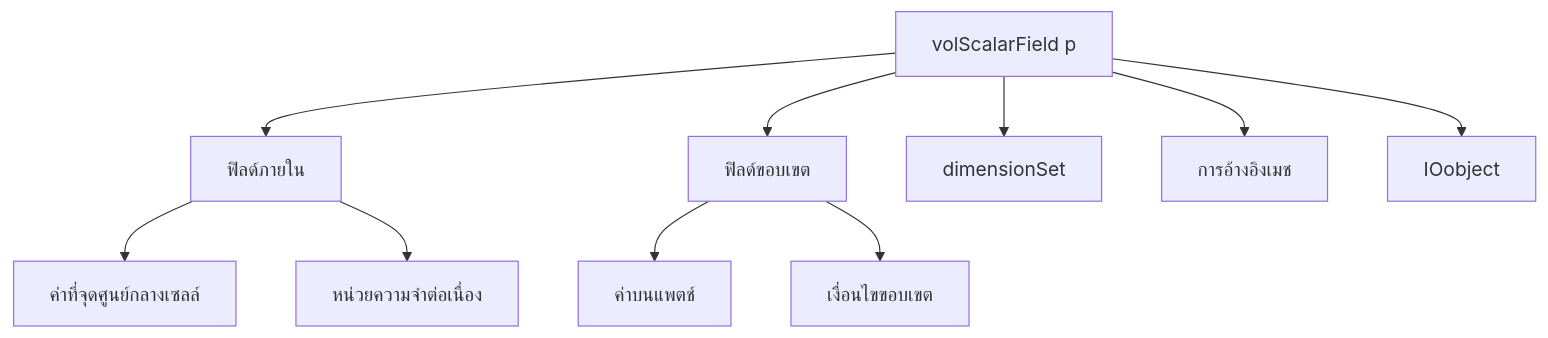
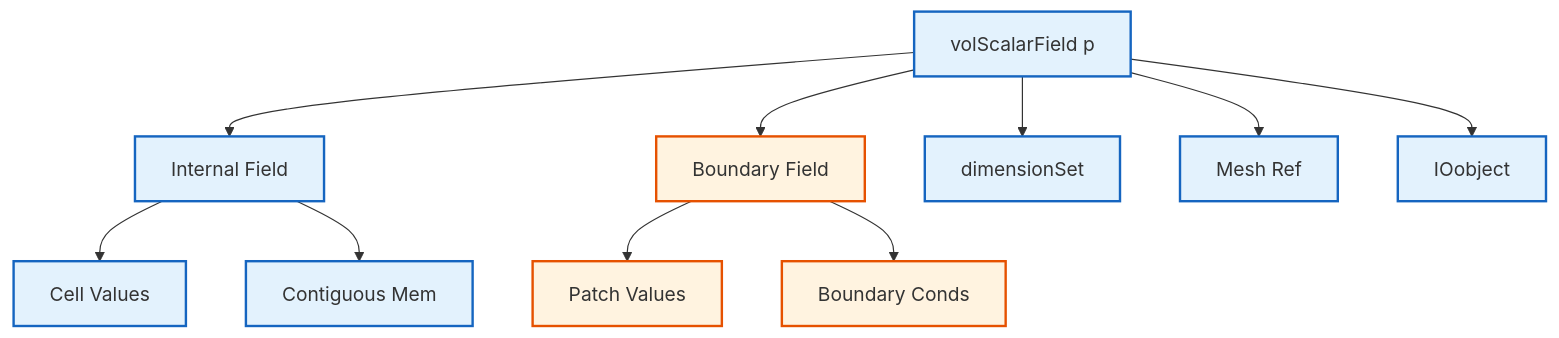
The second of 4 diagrams in MODULE_05_OPENFOAM_PROGRAMMING/CONTENT/08_FIELD_TYPES/00_Overview.md (wramet/build-my-cfd), drawn with Mermaid before and after one commit. The commit also changed other lines of this file and 313 other files, not shown here.

Commit message:
Revise all diagram

````diff
--- a/MODULE_05_OPENFOAM_PROGRAMMING/CONTENT/08_FIELD_TYPES/00_Overview.md
+++ b/MODULE_05_OPENFOAM_PROGRAMMING/CONTENT/08_FIELD_TYPES/00_Overview.md
@@ -140,14 +144,18 @@
 ```mermaid
 graph TD
-    A[volScalarField p] --> B[ฟิลด์ภายใน]
-    A --> C[ฟิลด์ขอบเขต]
-    A --> D[dimensionSet]
-    A --> E[การอ้างอิงเมช]
-    A --> F[IOobject]
+%% Classes
+classDef explicit fill:#fff3e0,stroke:#e65100,stroke-width:2px;
+classDef implicit fill:#e3f2fd,stroke:#1565c0,stroke-width:2px;
+%% Nodes
+A[volScalarField p]:::implicit --> B[Internal Field]:::implicit
+A --> C[Boundary Field]:::explicit
+A --> D[dimensionSet]:::implicit
+A --> E[Mesh Ref]:::implicit
+A --> F[IOobject]:::implicit
 
-    B --> B1[ค่าที่จุดศูนย์กลางเซลล์]
-    B --> B2[หน่วยความจำต่อเนื่อง]
+B --> B1[Cell Values]:::implicit
+B --> B2[Contiguous Mem]:::implicit
 
-    C --> C1[ค่าบนแพตช์]
-    C --> C2[เงื่อนไขขอบเขต]
+C --> C1[Patch Values]:::explicit
+C --> C2[Boundary Conds]:::explicit
 ```
````
